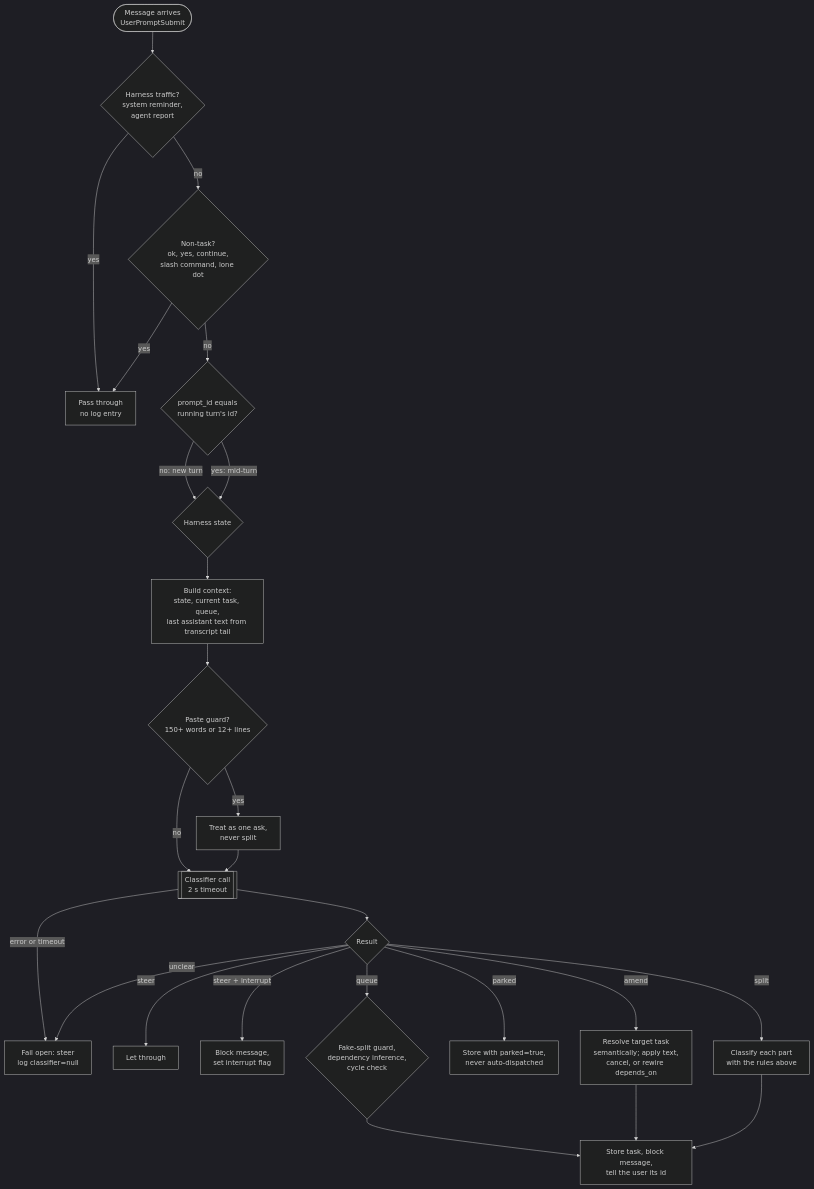
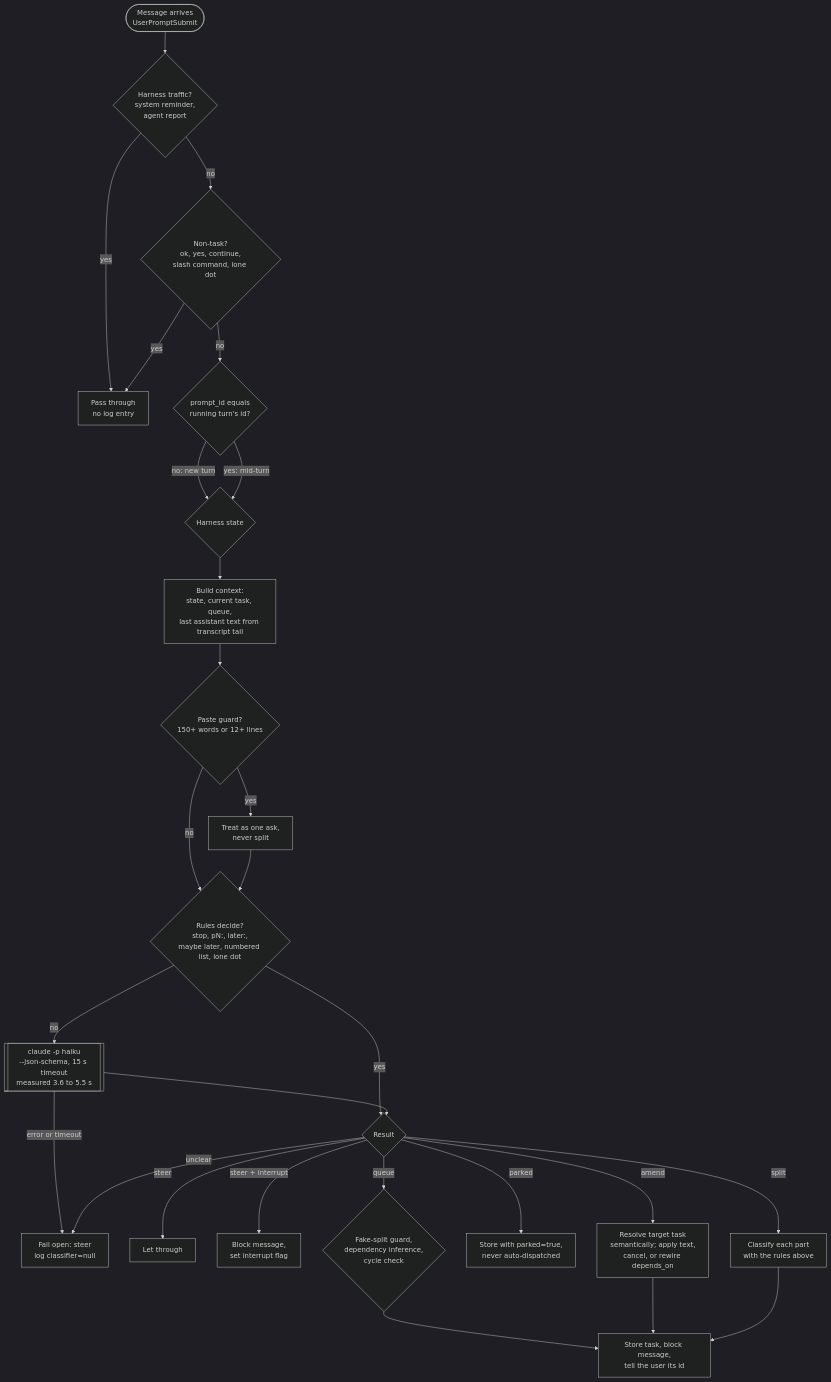
The third of 10 diagrams in docs/flows.md (0xEl1yahu/queue-switchclaude), drawn with Mermaid (dark theme) before and after one commit. The commit also changed other lines of this file and 4 other files, not shown here.

First line of the commit message:
Record D5 and fold decisions D1-D5 into the spec, flows and README

````diff
--- a/docs/flows.md
+++ b/docs/flows.md
@@ -69,27 +69,29 @@
 ```mermaid
 flowchart TD
     M([Message arrives<br/>UserPromptSubmit]) --> T{Harness traffic?<br/>system reminder,<br/>agent report}
     T -- yes --> PASS[Pass through<br/>no log entry]
     T -- no --> N{Non-task?<br/>ok, yes, continue,<br/>slash command, lone dot}
     N -- yes --> PASS
     N -- no --> MT{prompt_id equals<br/>running turn's id?}
     MT -- "no: new turn" --> ST{Harness state}
     MT -- "yes: mid-turn" --> ST
     ST --> CTX[Build context:<br/>state, current task, queue,<br/>last assistant text from transcript tail]
     CTX --> PG{Paste guard?<br/>150+ words or 12+ lines}
     PG -- yes --> ONE[Treat as one ask,<br/>never split]
-    PG -- no --> CL
-    ONE --> CL[[Classifier call<br/>2 s timeout]]
+    PG -- no --> RL{Rules decide?<br/>stop, pN:, later:,<br/>maybe later, numbered list, lone dot}
+    ONE --> RL
+    RL -- yes --> R
+    RL -- no --> CL[[claude -p haiku<br/>--json-schema, 15 s timeout<br/>measured 3.6 to 5.5 s]]
     CL -- "error or timeout" --> FO[Fail open: steer<br/>log classifier=null]
     CL --> R{Result}
     R -- unclear --> FO
     R -- steer --> S[Let through]
     R -- "steer + interrupt" --> I[Block message,<br/>set interrupt flag]
     R -- queue --> QG{Fake-split guard,<br/>dependency inference,<br/>cycle check}
     R -- parked --> PK[Store with parked=true,<br/>never auto-dispatched]
     R -- amend --> AM[Resolve target task<br/>semantically; apply text,<br/>cancel, or rewire depends_on]
     R -- split --> SP[Classify each part<br/>with the rules above]
     QG --> ST2[Store task, block message,<br/>tell the user its id]
     AM --> ST2
     SP --> ST2
 ```
````
